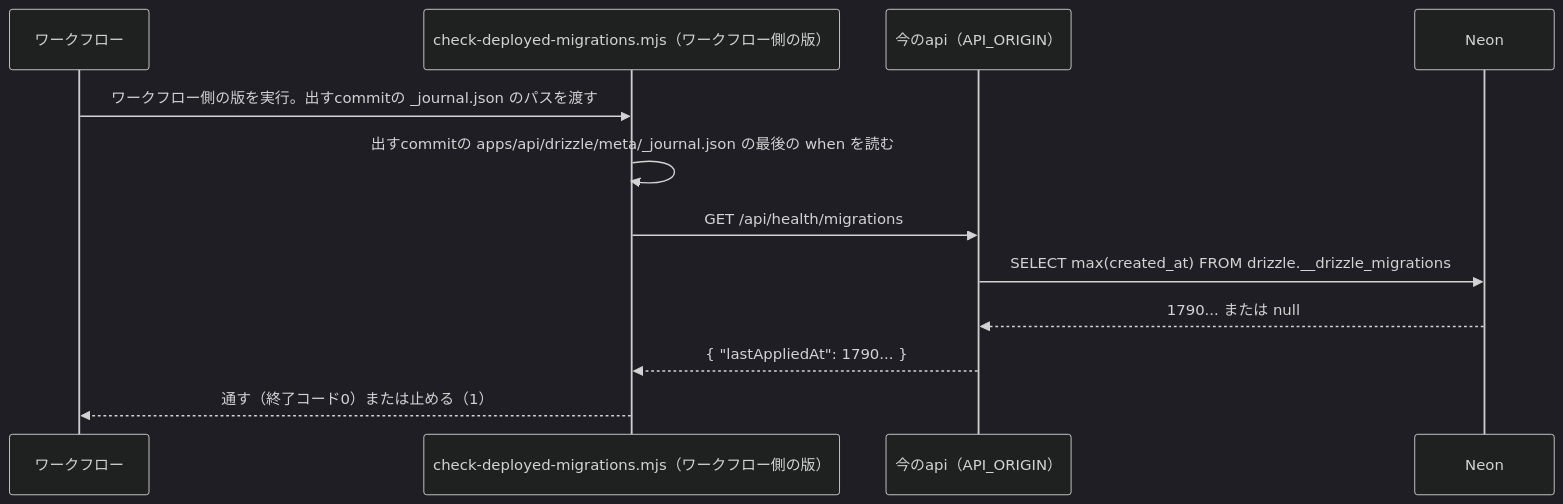
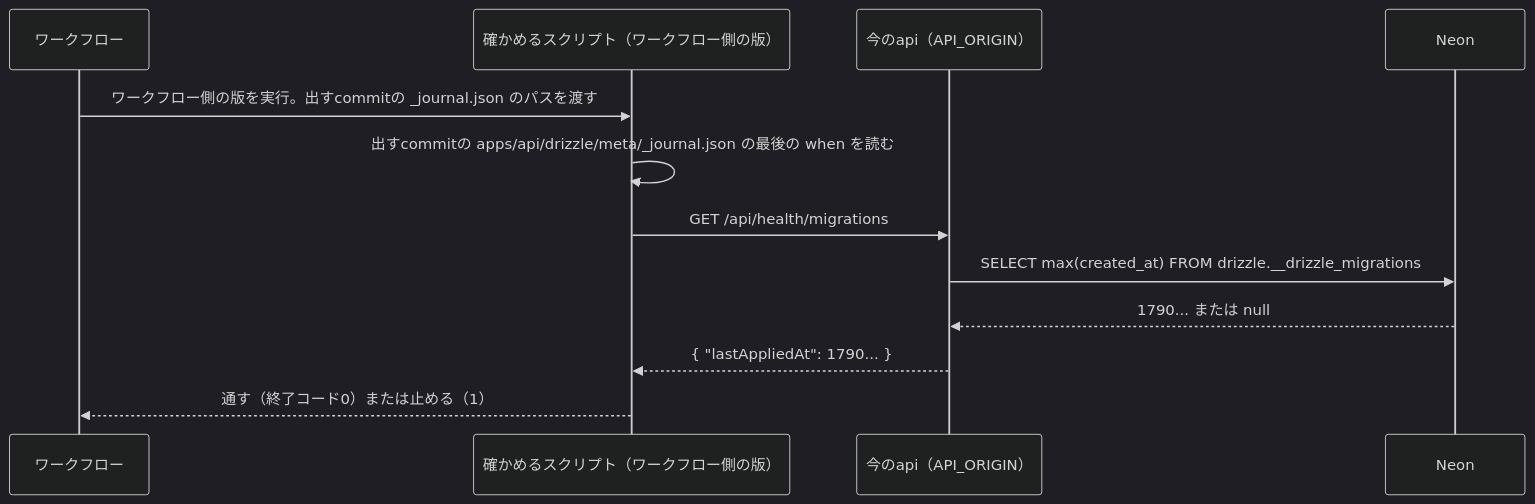
Before and after one commit to oze-xxbumpxx/Tomotabi: the third of 3 diagrams in docs/designs/migration-deploy-check.md, drawn with Mermaid (dark theme). The commit also changed other lines of this file and 3 other files, not shown here.

````diff
--- a/docs/designs/migration-deploy-check.md
+++ b/docs/designs/migration-deploy-check.md
@@ -58,14 +58,14 @@
 ```mermaid
 sequenceDiagram
   participant GH as ワークフロー
-  participant CLI as check-deployed-migrations.mjs（ワークフロー側の版）
+  participant CLI as 確かめるスクリプト（ワークフロー側の版）
   participant API as 今のapi（API_ORIGIN）
   participant DB as Neon
   GH->>CLI: ワークフロー側の版を実行。出すcommitの _journal.json のパスを渡す
   CLI->>CLI: 出すcommitの apps/api/drizzle/meta/_journal.json の最後の when を読む
   CLI->>API: GET /api/health/migrations
   API->>DB: SELECT max(created_at) FROM drizzle.__drizzle_migrations
   DB-->>API: 1790... または null
   API-->>CLI: { "lastAppliedAt": 1790... }
   CLI-->>GH: 通す（終了コード0）または止める（1）
 ```
````
